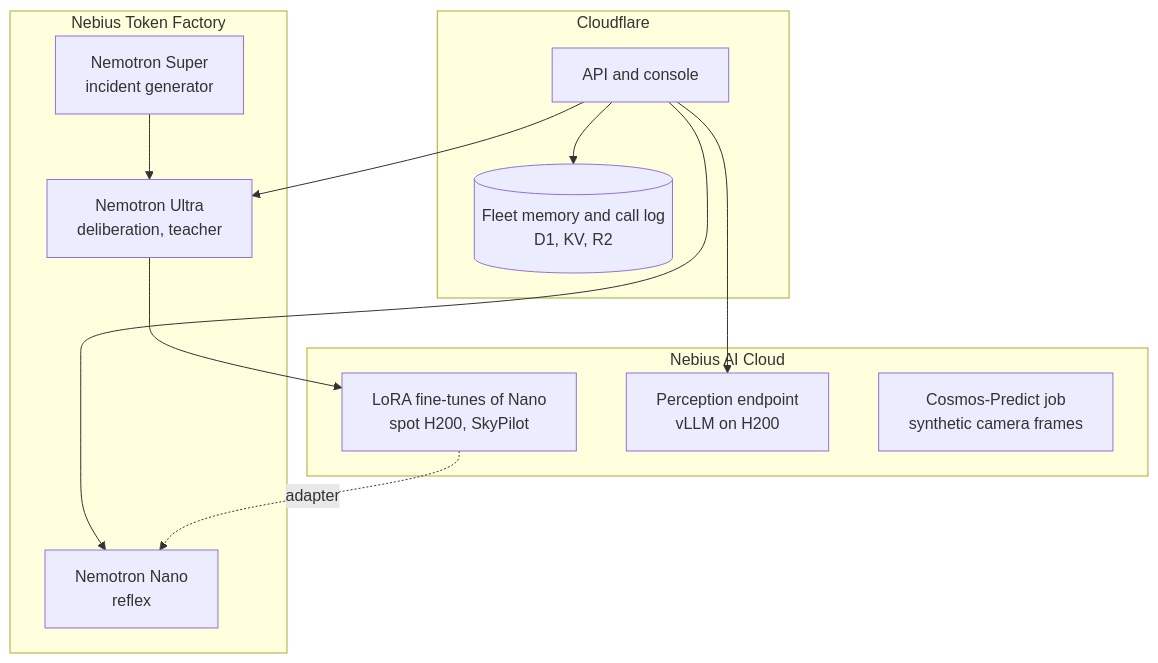
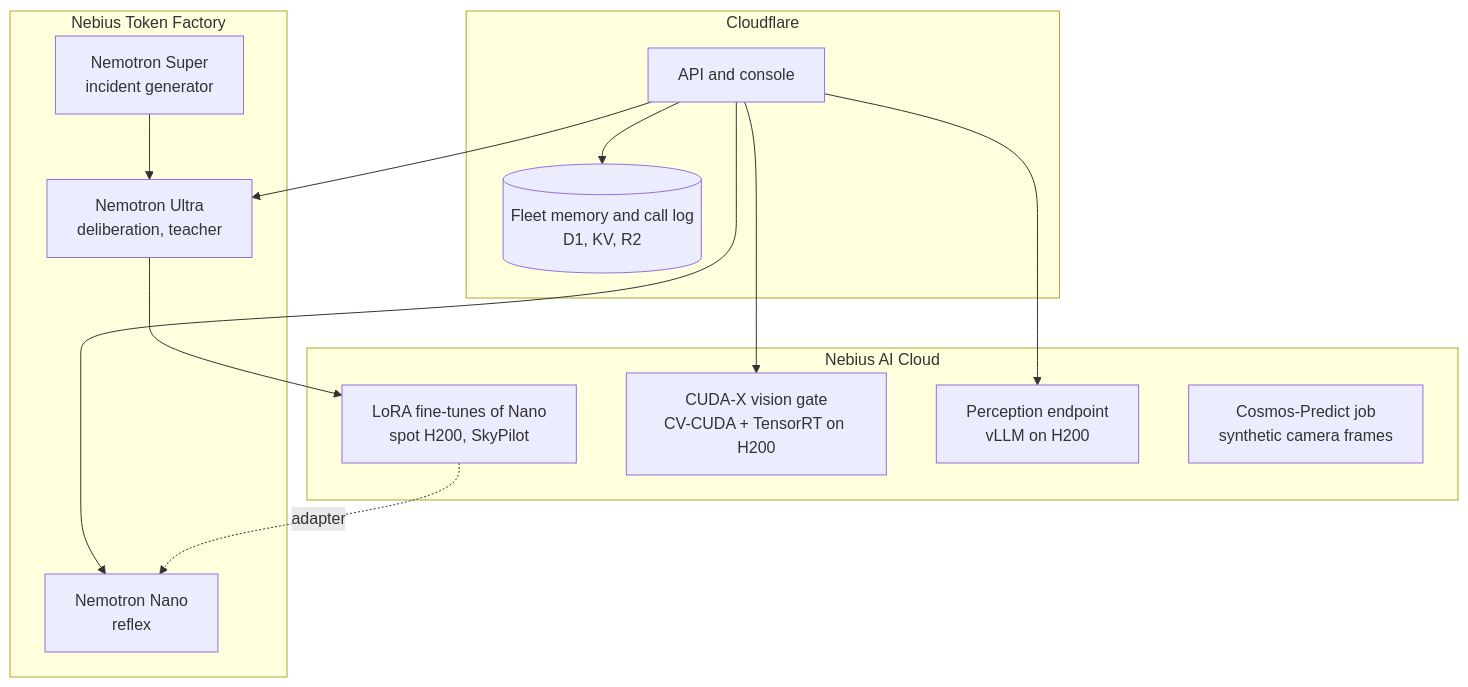
The fifth of 5 diagrams in README.md (gretchenboria/NemoFleet), drawn with Mermaid before and after one commit. The commit also changed other lines of this file and 9 other files, not shown here.

````diff
--- a/README.md
+++ b/README.md
@@ -142,24 +142,26 @@
 ```mermaid
 flowchart TB
     subgraph TF["Nebius Token Factory"]
         U["Nemotron Ultra<br/>deliberation, teacher"]
         N["Nemotron Nano<br/>reflex"]
         SU["Nemotron Super<br/>incident generator"]
     end
     subgraph AC["Nebius AI Cloud"]
         FT["LoRA fine-tunes of Nano<br/>spot H200, SkyPilot"]
+        CX["CUDA-X vision gate<br/>CV-CUDA + TensorRT on H200"]
         GE["Perception endpoint<br/>vLLM on H200"]
         CJ["Cosmos-Predict job<br/>synthetic camera frames"]
     end
     subgraph CF["Cloudflare"]
         API["API and console"]
         MEM[("Fleet memory and call log<br/>D1, KV, R2")]
     end
     API --> U
     API --> N
+    API --> CX
     API --> GE
     API --> MEM
     SU --> U
     U --> FT
     FT -. "adapter" .-> N
 ```
````
